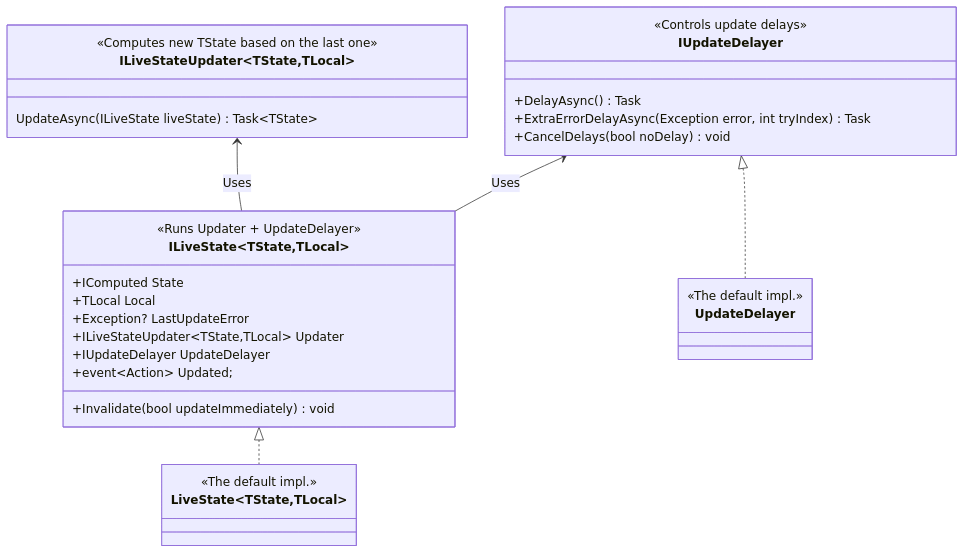
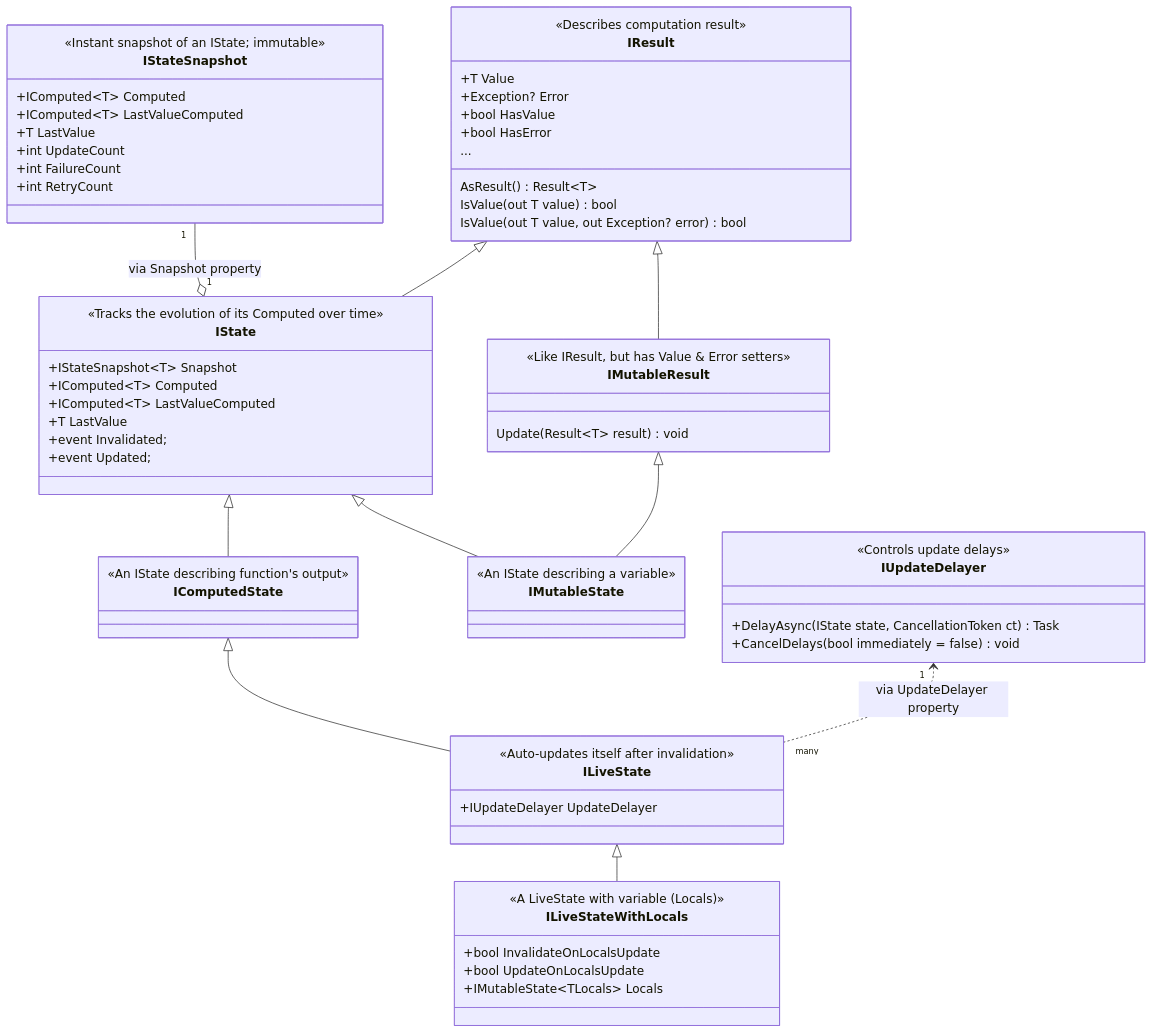
One commit to servicetitan/Stl.Fusion changed the diagram in docs/img-src/LiveState-Classes.mmd. Above: the diagram before and after it, drawn with Mermaid. The commit also changed 65 other files, not shown here.

Commit message:
doc: Fix some diagrams

```diff
--- a/docs/img-src/LiveState-Classes.mmd
+++ b/docs/img-src/LiveState-Classes.mmd
@@ -1,32 +1,75 @@
 classDiagram
-  ILiveState~TState,TLocal~ <|.. LiveState~TState,TLocal~
-  IUpdateDelayer <-- ILiveState~TState,TLocal~ : Uses
-  IUpdateDelayer <|.. UpdateDelayer
-  ILiveStateUpdater~TState,TLocal~ <-- ILiveState~TState,TLocal~ : Uses
-  class ILiveStateUpdater~TState,TLocal~ {
-    <<Computes new TState based on the last one>>
-    UpdateAsync(ILiveState<TLocal, TState> liveState) Task~TState~
+  IStateSnapshot "1" --o "1" IState : via Snapshot property
+  IResult <|-- IState
+  IResult <|-- IMutableResult
+  IState <|-- IComputedState
+  IState <|-- IMutableState
+  IMutableResult <|-- IMutableState
+  IComputedState <|-- ILiveState
+  IUpdateDelayer "1" <.. "many" ILiveState : via UpdateDelayer property
+  ILiveState <|-- ILiveStateWithLocals
+
+  class IResult {
+    <<Describes computation result>>
+    +T Value
+    +Exception? Error
+    +bool HasValue
+    +bool HasError
+
+    AsResult() Result~T~
+    IsValue(out T value) bool
+    IsValue(out T value, out Exception? error) bool
+    ...
   }
+
+  class IMutableResult {
+    <<Like IResult, but has Value & Error setters>>
+    Update(Result~T~ result) void
+  }
+
+  class IStateSnapshot {
+    <<Instant snapshot of an IState; immutable>>
+    +IComputed~T~ Computed
+    +IComputed~T~ LastValueComputed
+    +T LastValue
+    +int UpdateCount
+    +int FailureCount
+    +int RetryCount
+  }
+
+  class IState {
+    <<Tracks the evolution of its Computed over time>>
+    +IStateSnapshot~T~ Snapshot
+    +IComputed~T~ Computed
+    +IComputed~T~ LastValueComputed
+    +T LastValue
+    +event Invalidated;
+    +event Updated;
+  }
+
+  class IMutableState {
+    <<An IState describing a variable>>
+  }
+
+  class IComputedState {
+    <<An IState describing function's output>>
+  }
+
+  class ILiveState {
+    <<Auto-updates itself after invalidation>>
+    +IUpdateDelayer UpdateDelayer
+  }
+
+  class ILiveStateWithLocals {
+    <<A LiveState with variable (Locals)>>
+    <<The actual type is ILiveState<T, TLocals>>>
+    +bool InvalidateOnLocalsUpdate
+    +bool UpdateOnLocalsUpdate
+    +IMutableState~TLocals~ Locals
+  }
+
   class IUpdateDelayer {
     <<Controls update delays>>
-    +DelayAsync() Task
-    +ExtraErrorDelayAsync(Exception error, int tryIndex) Task
-    +CancelDelays(bool noDelay) void
+    +DelayAsync(IState state, CancellationToken ct) Task
+    +CancelDelays(bool immediately = false) void
   }
-  class ILiveState~TState,TLocal~ {
-    <<Runs Updater + UpdateDelayer>>
-    +IComputed State
-    +TLocal Local
-    +Exception? LastUpdateError
-    +ILiveStateUpdater~TState,TLocal~ Updater
-    +IUpdateDelayer UpdateDelayer
-    +event~Action<ILiveState>~ Updated;
-
-    +Invalidate(bool updateImmediately) void
-  }
-  class UpdateDelayer {
-    <<The default impl.>>
-  }
-  class LiveState~TState,TLocal~ {
-    <<The default impl.>>
-  }
```
